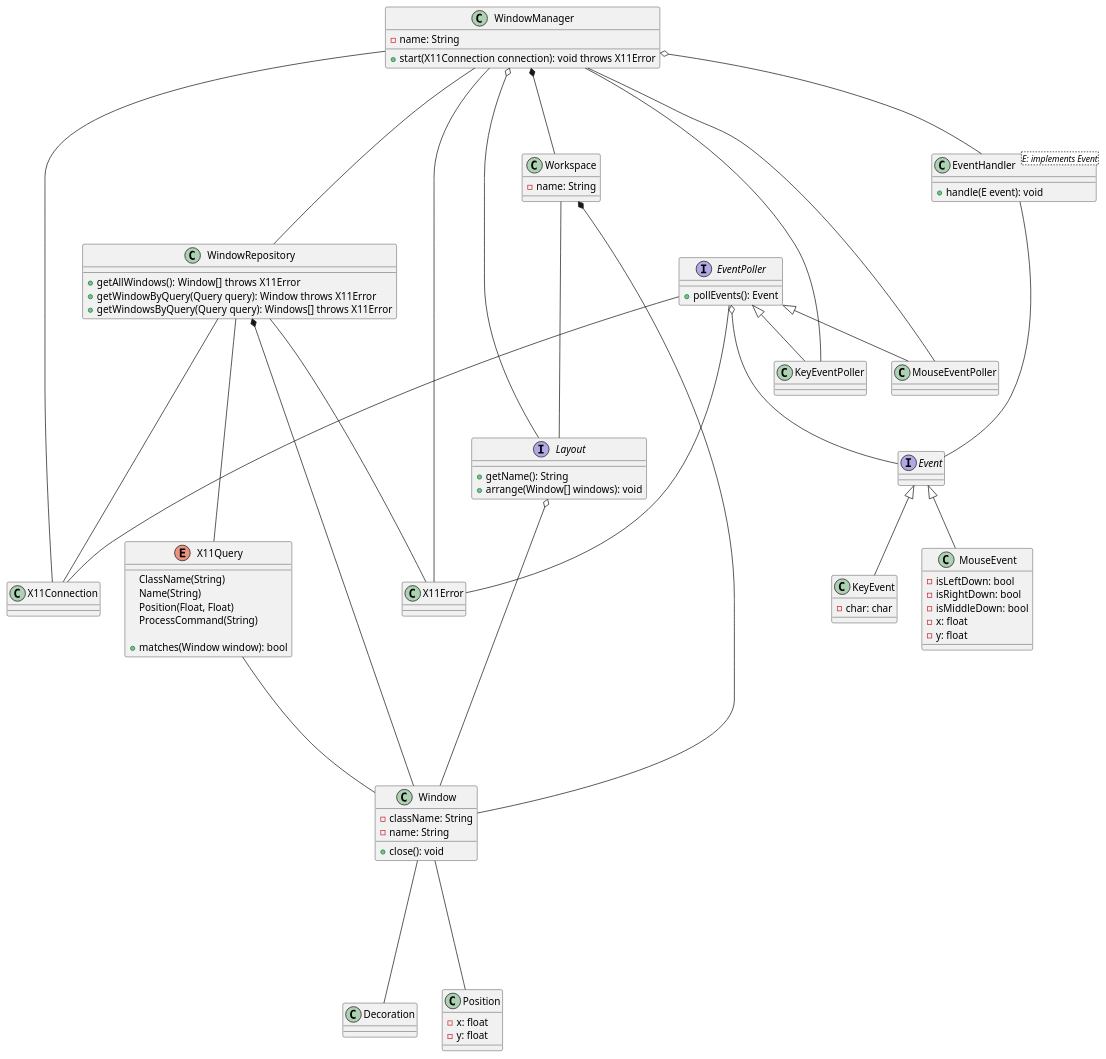
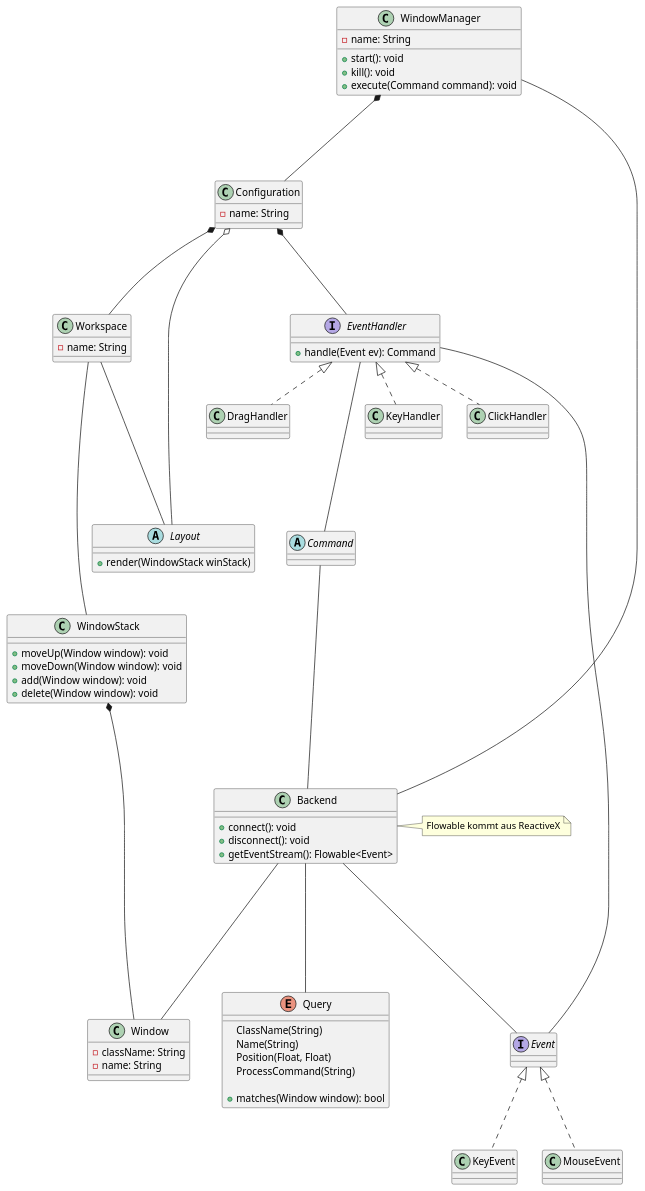
The diagram in softwaretechnik/assignments/uml/diagrams/class.plantuml (mara-schulke/thb), drawn with PlantUML before and after one commit. The commit also changed 1 other file, not shown here.

Commit message:
Update the swt assignment 2 class diagram

```diff
--- a/softwaretechnik/assignments/uml/diagrams/class.plantuml
+++ b/softwaretechnik/assignments/uml/diagrams/class.plantuml
@@ -1,112 +1,86 @@
 @startuml
-class X11Connection {}
+WindowManager *--- Configuration
+WindowManager ---- Backend
 
-X11Query ---- Window
+class WindowManager {
+	- name: String
+	+ start(): void
+	+ kill(): void
+	+ execute(Command command): void
+}
 
-enum X11Query {
+class Configuration {
+	- name: String
+}
+
+Configuration *--- EventHandler
+EventHandler ---- Event
+
+EventHandler ---- Command
+
+interface EventHandler {
+	+ handle(Event ev): Command
+}
+
+class KeyHandler implements EventHandler
+class ClickHandler implements EventHandler
+class DragHandler implements EventHandler
+
+Configuration *--- Workspace
+
+Workspace ---- Layout
+Workspace ---- WindowStack
+
+class Workspace {
+	- name: String
+}
+
+Configuration o--- Layout
+
+abstract class Layout {
+	+ render(WindowStack winStack)
+}
+
+Command ---- Backend
+
+abstract class Command
+
+note right of Backend : Flowable kommt aus ReactiveX
+
+Backend ---- Query
+Backend ---- Event
+Backend ---- Window
+
+class Backend {
+	+ connect(): void
+	+ disconnect(): void
+	+ getEventStream(): Flowable<Event>
+}
+
+class Window {
+	- className: String
+	- name: String
+}
+
+WindowStack *--- Window
+
+class WindowStack {
+	+ moveUp(Window window): void
+	+ moveDown(Window window): void
+	+ add(Window window): void
+	+ delete(Window window): void
+}
+
+interface Event
+class KeyEvent implements Event
+class MouseEvent implements Event
+
+enum Query {
 	ClassName(String)
 	Name(String)
 	Position(Float, Float)
 	ProcessCommand(String)
 
 	{method} + matches(Window window): bool
 }
-
-
-WindowManager ---- X11Connection
-WindowManager ---- X11Error
-WindowManager ---- WindowRepository
-WindowManager o--- Layout
-WindowManager *--- Workspace
-WindowManager o--- EventHandler
-WindowManager ---- KeyEventPoller
-WindowManager ---- MouseEventPoller
-
-class WindowManager {
-	- name: String
-	+ start(X11Connection connection): void throws X11Error
-}
-
-EventPoller <|-- KeyEventPoller
-EventPoller <|-- MouseEventPoller
-EventPoller o--- Event
-EventPoller ---- X11Connection
-EventPoller ---- X11Error
-
-interface EventPoller {
-	+ pollEvents(): Event
-}
-
-class KeyEventPoller
-class MouseEventPoller
-
-Event <|-- KeyEvent
-Event <|-- MouseEvent
-
-interface Event
-
-class KeyEvent {
-	- char: char
-}
-
-class MouseEvent {
-	- isLeftDown: bool
-	- isRightDown: bool
-	- isMiddleDown: bool
-	- x: float
-	- y: float
-}
-
-Workspace ---- Layout
-Workspace *--- Window
-
-class Workspace {
-	- name: String
-}
-
-Layout o--- Window
-
-interface Layout {
-	+ getName(): String
-	+ arrange(Window[] windows): void
-}
-
-EventHandler ---- Event
-
-class EventHandler<E: implements Event> {
-	+ handle(E event): void
-}
-
-class Decoration
-
-class Position {
-	- x: float
-	- y: float
-}
-
-Window ---- Position
-Window ---- Decoration
-
-class Window {
-	- className: String
-	- name: String
-	+ close(): void
-}
-
-
-WindowRepository ---- X11Connection
-WindowRepository *--- Window
-WindowRepository ---- X11Query
-WindowRepository ---- X11Error
-
-class WindowRepository {
-	+ getAllWindows(): Window[] throws X11Error
-	+ getWindowByQuery(Query query): Window throws X11Error
-	+ getWindowsByQuery(Query query): Windows[] throws X11Error
-}
-
-
-class X11Error {}
-
-
 @enduml
```
